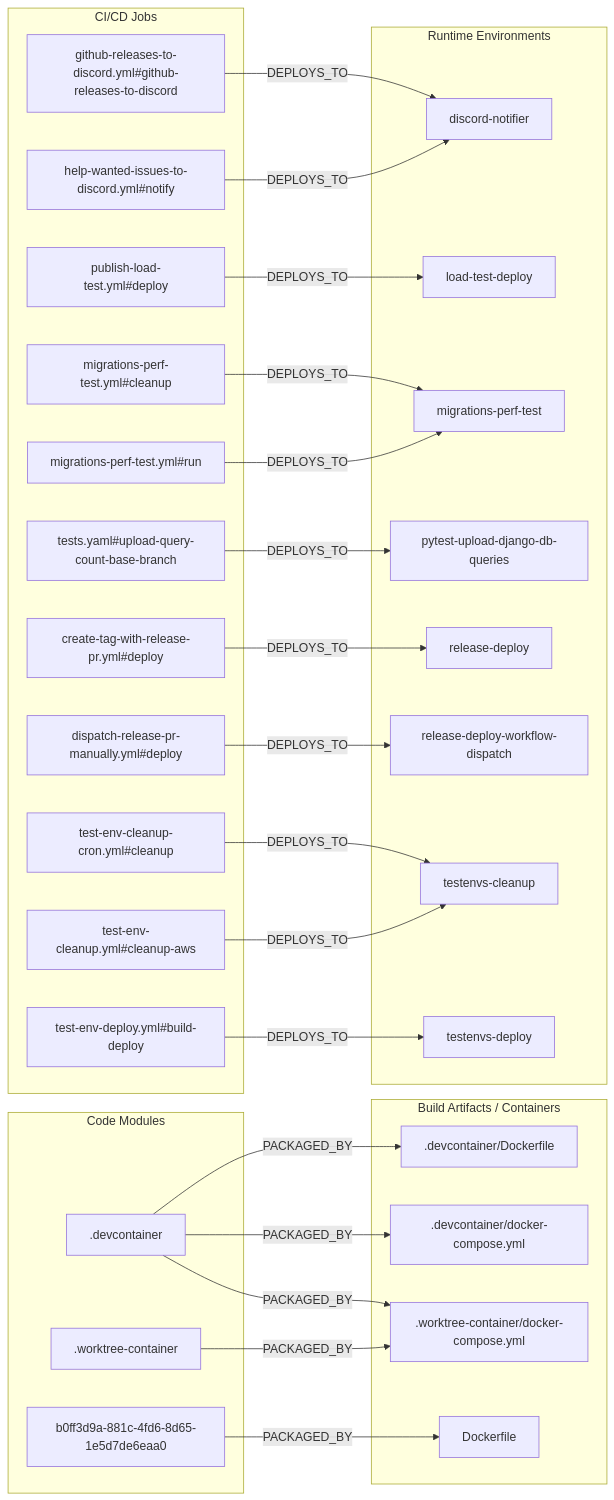
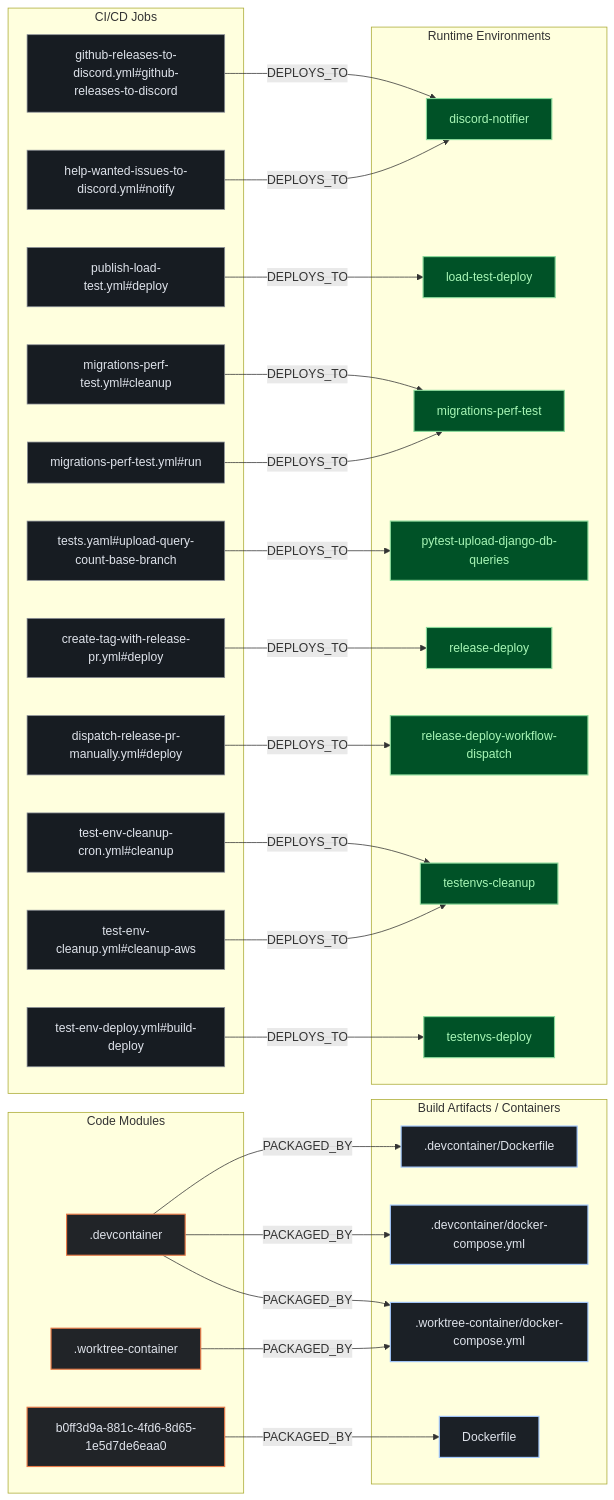
One commit to kumarshaz/atruss-code-atlas changed the second of 3 diagrams in exports/latest/reports/saleor-saleor-report.md. Above: the diagram before and after it, drawn with Mermaid. The commit also changed other lines of this file and 331 other files, not shown here.

Commit message:
docs,ui,fix: update SDLC docs, reorder CI/CD DAG first, stylize Mermaid, and fix Arc42 pipeline topology

````diff
--- a/exports/latest/reports/saleor-saleor-report.md
+++ b/exports/latest/reports/saleor-saleor-report.md
@@ -197,53 +204,57 @@
 ```mermaid
 flowchart LR
+    classDef atlasCategory fill:#212428,stroke:#E87A48,stroke-width:1.5px,color:#dfe3eb
+    classDef atlasWorkflow fill:#1b2026,stroke:#a3c9ff,stroke-width:1.5px,color:#dfe3eb
+    classDef atlasJob fill:#171c22,stroke:#8d9199,stroke-width:1px,color:#dfe3eb
+    classDef atlasTarget fill:#005227,stroke:#8bd99b,stroke-width:1.5px,color:#a7f6b6
     subgraph code_modules["Code Modules"]
-        mod__devcontainer[".devcontainer"]
-        mod__worktree_container[".worktree-container"]
-        mod_b0ff3d9a_881c_4fd6_8d65_1e5d7de6eaa0["b0ff3d9a-881c-4fd6-8d65-1e5d7de6eaa0"]
+        mod__devcontainer[".devcontainer"]:::atlasCategory
+        mod__worktree_container[".worktree-container"]:::atlasCategory
+        mod_b0ff3d9a_881c_4fd6_8d65_1e5d7de6eaa0["b0ff3d9a-881c-4fd6-8d65-1e5d7de6eaa0"]:::atlasCategory
     end
     subgraph build_artifacts["Build Artifacts / Containers"]
-        art__devcontainer_Dockerfile[".devcontainer/Dockerfile"]
-        art__devcontainer_docker_compose_yml[".devcontainer/docker-compose.yml"]
-        art__worktree_container_docker_compose_yml[".worktree-container/docker-compose.yml"]
-        art_Dockerfile["Dockerfile"]
+        art__devcontainer_Dockerfile[".devcontainer/Dockerfile"]:::atlasWorkflow
+        art__devcontainer_docker_compose_yml[".devcontainer/docker-compose.yml"]:::atlasWorkflow
+        art__worktree_container_docker_compose_yml[".worktree-container/docker-compose.yml"]:::atlasWorkflow
+        art_Dockerfile["Dockerfile"]:::atlasWorkflow
     end
     subgraph ci_jobs["CI/CD Jobs"]
-        job_create_tag_with_release_pr_yml_deploy["create-tag-with-release-pr.yml#deploy"]
-        job_dispatch_release_pr_manually_yml_deploy["dispatch-release-pr-manually.yml#deploy"]
-        job_github_releases_to_discord_yml_github_releases_to_discord["github-releases-to-discord.yml#github-releases-to-discord"]
-        job_help_wanted_issues_to_discord_yml_notify["help-wanted-issues-to-discord.yml#notify"]
-        job_migrations_perf_test_yml_cleanup["migrations-perf-test.yml#cleanup"]
-        job_migrations_perf_test_yml_run["migrations-perf-test.yml#run"]
-        job_publish_load_test_yml_deploy["publish-load-test.yml#deploy"]
-        job_test_env_cleanup_cron_yml_cleanup["test-env-cleanup-cron.yml#cleanup"]
-        job_test_env_cleanup_yml_cleanup_aws["test-env-cleanup.yml#cleanup-aws"]
-        job_test_env_deploy_yml_build_deploy["test-env-deploy.yml#build-deploy"]
-        job_tests_yaml_upload_query_count_base_branch["tests.yaml#upload-query-count-base-branch"]
+        job_create_tag_with_release_pr_yml_deploy["create-tag-with-release-pr.yml#deploy"]:::atlasJob
+        job_dispatch_release_pr_manually_yml_deploy["dispatch-release-pr-manually.yml#deploy"]:::atlasJob
+        job_github_releases_to_discord_yml_github_releases_to_discord["github-releases-to-discord.yml#github-releases-to-discord"]:::atlasJob
+        job_help_wanted_issues_to_discord_yml_notify["help-wanted-issues-to-discord.yml#notify"]:::atlasJob
+        job_migrations_perf_test_yml_cleanup["migrations-perf-test.yml#cleanup"]:::atlasJob
+        job_migrations_perf_test_yml_run["migrations-perf-test.yml#run"]:::atlasJob
+        job_publish_load_test_yml_deploy["publish-load-test.yml#deploy"]:::atlasJob
+        job_test_env_cleanup_cron_yml_cleanup["test-env-cleanup-cron.yml#cleanup"]:::atlasJob
+        job_test_env_cleanup_yml_cleanup_aws["test-env-cleanup.yml#cleanup-aws"]:::atlasJob
+        job_test_env_deploy_yml_build_deploy["test-env-deploy.yml#build-deploy"]:::atlasJob
+        job_tests_yaml_upload_query_count_base_branch["tests.yaml#upload-query-count-base-branch"]:::atlasJob
     end
     subgraph runtime_envs["Runtime Environments"]
-        env_discord_notifier["discord-notifier"]
-        env_load_test_deploy["load-test-deploy"]
-        env_migrations_perf_test["migrations-perf-test"]
-        env_pytest_upload_django_db_queries["pytest-upload-django-db-queries"]
-        env_release_deploy["release-deploy"]
-        env_release_deploy_workflow_dispatch["release-deploy-workflow-dispatch"]
-        env_testenvs_cleanup["testenvs-cleanup"]
-        env_testenvs_deploy["testenvs-deploy"]
+        env_discord_notifier["discord-notifier"]:::atlasTarget
+        env_load_test_deploy["load-test-deploy"]:::atlasTarget
+        env_migrations_perf_test["migrations-perf-test"]:::atlasTarget
+        env_pytest_upload_django_db_queries["pytest-upload-django-db-queries"]:::atlasTarget
+        env_release_deploy["release-deploy"]:::atlasTarget
+        env_release_deploy_workflow_dispatch["release-deploy-workflow-dispatch"]:::atlasTarget
+        env_testenvs_cleanup["testenvs-cleanup"]:::atlasTarget
+        env_testenvs_deploy["testenvs-deploy"]:::atlasTarget
     end
     job_create_tag_with_release_pr_yml_deploy -->|DEPLOYS_TO| env_release_deploy
     job_dispatch_release_pr_manually_yml_deploy -->|DEPLOYS_TO| env_release_deploy_workflow_dispatch
     job_github_releases_to_discord_yml_github_releases_to_discord -->|DEPLOYS_TO| env_discord_notifier
     job_help_wanted_issues_to_discord_yml_notify -->|DEPLOYS_TO| env_discord_notifier
     job_migrations_perf_test_yml_cleanup -->|DEPLOYS_TO| env_migrations_perf_test
     job_migrations_perf_test_yml_run -->|DEPLOYS_TO| env_migrations_perf_test
     job_publish_load_test_yml_deploy -->|DEPLOYS_TO| env_load_test_deploy
     job_test_env_cleanup_cron_yml_cleanup -->|DEPLOYS_TO| env_testenvs_cleanup
     job_test_env_cleanup_yml_cleanup_aws -->|DEPLOYS_TO| env_testenvs_cleanup
     job_test_env_deploy_yml_build_deploy -->|DEPLOYS_TO| env_testenvs_deploy
     job_tests_yaml_upload_query_count_base_branch -->|DEPLOYS_TO| env_pytest_upload_django_db_queries
     mod__devcontainer -->|PACKAGED_BY| art__devcontainer_Dockerfile
     mod__devcontainer -->|PACKAGED_BY| art__devcontainer_docker_compose_yml
     mod__devcontainer -->|PACKAGED_BY| art__worktree_container_docker_compose_yml
     mod__worktree_container -->|PACKAGED_BY| art__worktree_container_docker_compose_yml
     mod_b0ff3d9a_881c_4fd6_8d65_1e5d7de6eaa0 -->|PACKAGED_BY| art_Dockerfile
 ```
````
